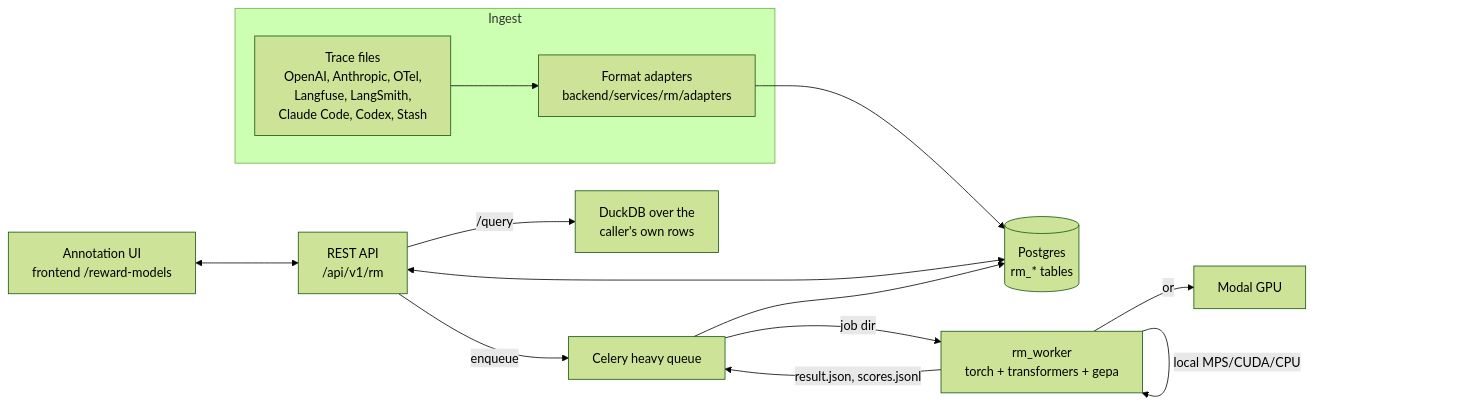
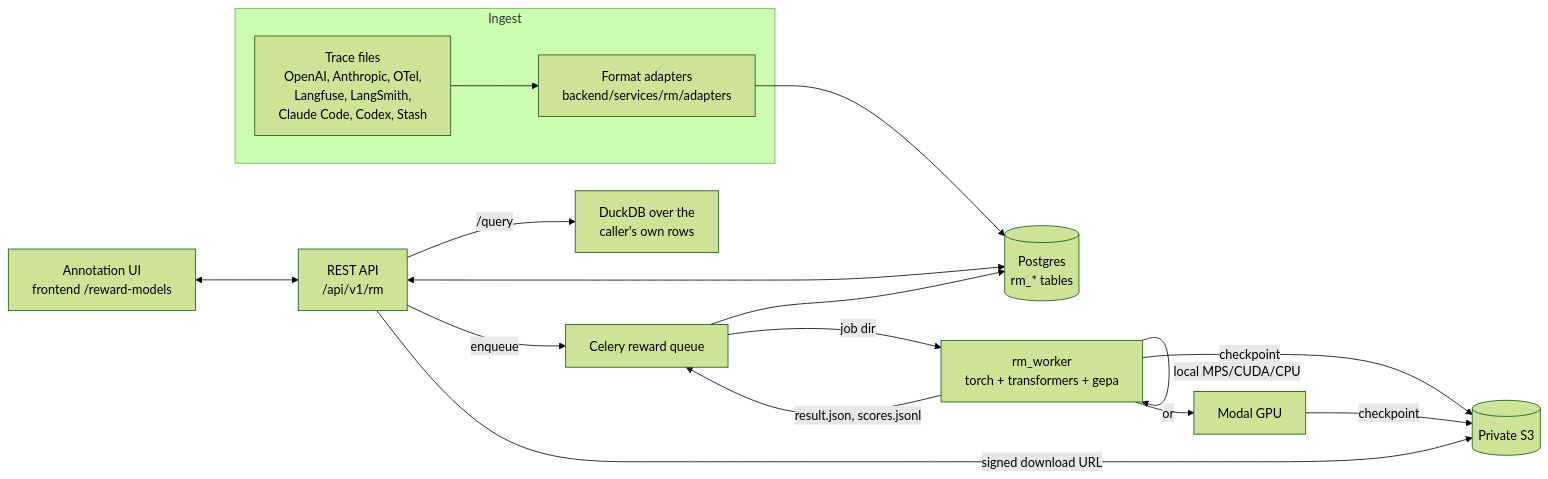
One commit to Fergana-Labs/stash changed the diagram in docs/reward-models/DESIGN.md. Above: the diagram before and after it, drawn with Mermaid (forest theme). The commit also changed other lines of this file and 12 other files, not shown here.

````diff
--- a/docs/reward-models/DESIGN.md
+++ b/docs/reward-models/DESIGN.md
@@ -31,16 +31,19 @@
 ```mermaid
 flowchart LR
   subgraph Ingest
     F[Trace files<br/>OpenAI, Anthropic, OTel,<br/>Langfuse, LangSmith,<br/>Claude Code, Codex, Stash] --> A[Format adapters<br/>backend/services/rm/adapters]
   end
   A --> DB[(Postgres<br/>rm_* tables)]
   UI[Annotation UI<br/>frontend /reward-models] <--> API[REST API<br/>/api/v1/rm]
   API <--> DB
-  API -->|enqueue| C[Celery heavy queue]
+  API -->|enqueue| C[Celery reward queue]
   C -->|job dir| W[rm_worker<br/>torch + transformers + gepa]
   W -->|local MPS/CUDA/CPU| W
   W -->|or| M[Modal GPU]
+  W -->|checkpoint| S[(Private S3)]
+  M -->|checkpoint| S
+  API -->|signed download URL| S
   W -->|result.json, scores.jsonl| C
   C --> DB
   API -->|/query| D[DuckDB over the<br/>caller's own rows]
 ```
````
